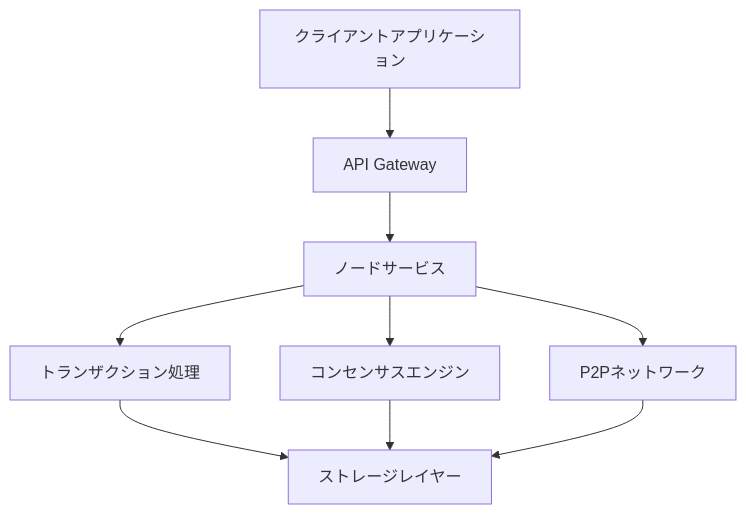
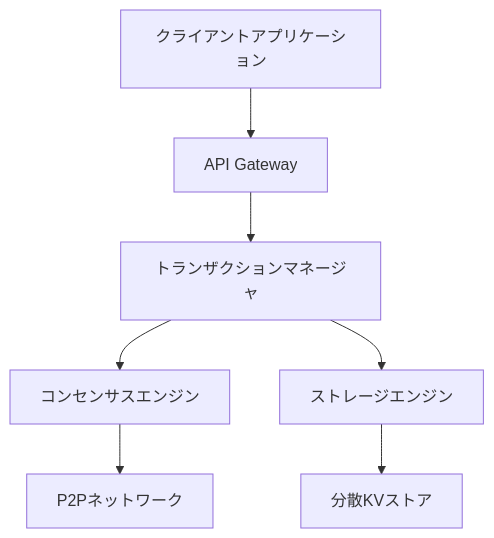
Before and after one commit to enablerdao/rustorium: the diagram in docs/architecture/README.md, drawn with Mermaid. The commit also changed other lines of this file and 15 other files, not shown here.

````diff
--- a/docs/architecture/README.md
+++ b/docs/architecture/README.md
@@ -7,11 +14,9 @@
 ```mermaid
 graph TD
     A[クライアントアプリケーション] --> B[API Gateway]
-    B --> C[ノードサービス]
-    C --> D1[トランザクション処理]
-    C --> D2[コンセンサスエンジン]
-    C --> D3[P2Pネットワーク]
-    D1 --> E[ストレージレイヤー]
-    D2 --> E
-    D3 --> E
+    B --> C[トランザクションマネージャ]
+    C --> D[コンセンサスエンジン]
+    C --> E[ストレージエンジン]
+    D --> F[P2Pネットワーク]
+    E --> G[分散KVストア]
 ```
````
